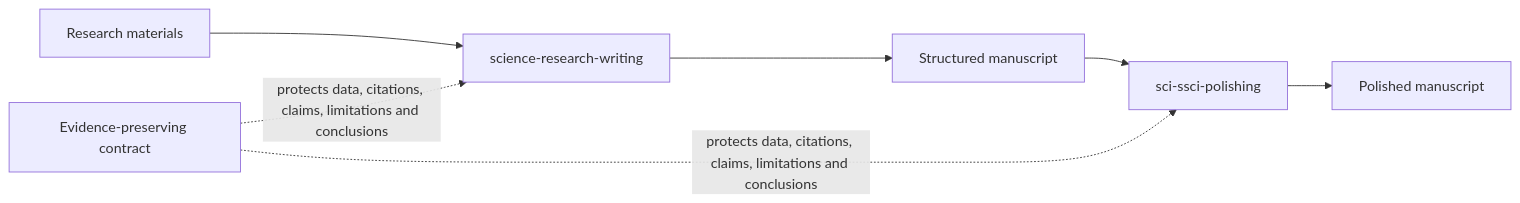
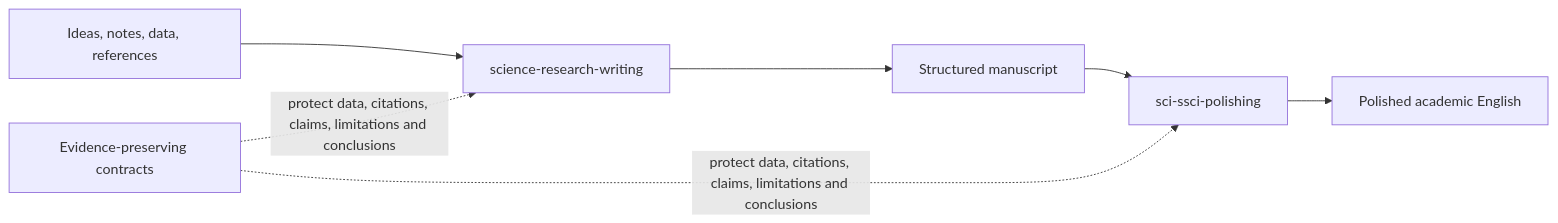
Before and after one commit to Yila-AI/awesome-research-skills: the diagram in README.md, drawn with Mermaid. The commit also changed other lines of this file and 1 other file, not shown here.

Commit message:
docs: clarify two-foundation research writing workflow

````diff
--- a/README.md
+++ b/README.md
@@ -20,9 +29,9 @@
 ```mermaid
 flowchart LR
-    A[Research materials] --> B[science-research-writing]
+    A[Ideas, notes, data, references] --> B[science-research-writing]
     B --> C[Structured manuscript]
     C --> D[sci-ssci-polishing]
-    D --> E[Polished manuscript]
-    F[Evidence-preserving contract] -. protects data, citations, claims, limitations and conclusions .-> B
-    F -. protects data, citations, claims, limitations and conclusions .-> D
+    D --> E[Polished academic English]
+    F[Evidence-preserving contracts] -. protect data, citations, claims, limitations and conclusions .-> B
+    F -. protect data, citations, claims, limitations and conclusions .-> D
 ```
````
